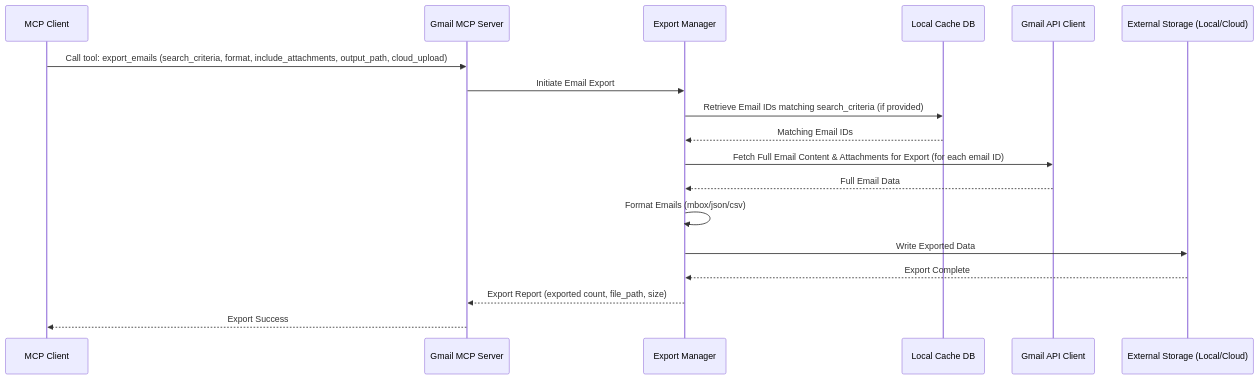
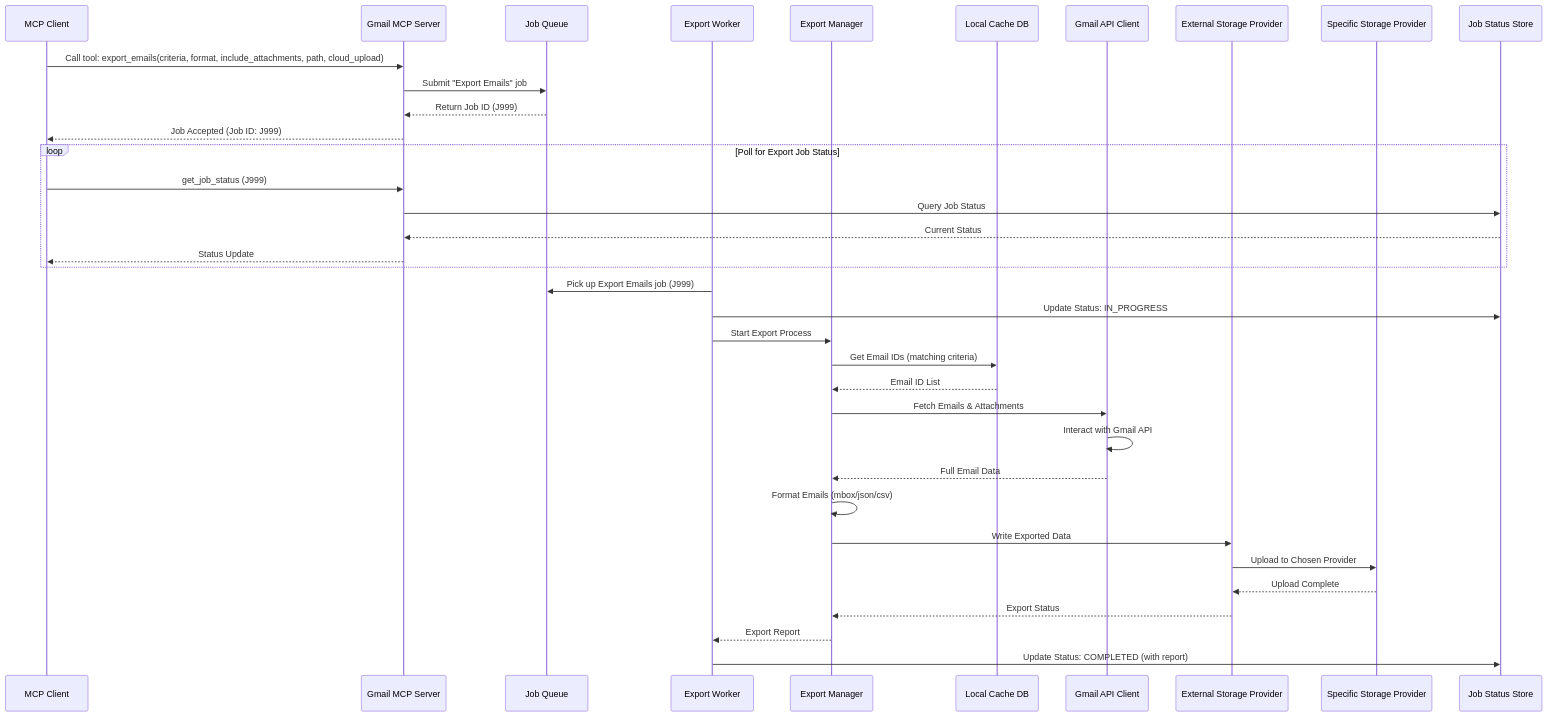
Before and after one commit to kushal45/GmailMcpServer: the diagram in mermaidDigrams/exportFlow.mermaid, drawn with Mermaid. The commit also changed 10 other files, not shown here.

Commit message:
adding proper const types and modified mermaid files to have proper picture of the flow

```diff
--- a/mermaidDigrams/exportFlow.mermaid
+++ b/mermaidDigrams/exportFlow.mermaid
@@ -1,19 +1,50 @@
 sequenceDiagram
     participant Client as MCP Client
     participant Server as Gmail MCP Server
+    participant JobQueue as Job Queue
+    participant ExportWorker as Export Worker
     participant ExportManager as Export Manager
     participant LocalCacheDB as Local Cache DB
-    participant GmailAPI as Gmail API Client
-    participant ExternalStorage as External Storage (Local/Cloud)
+    participant GmailAPIClient as Gmail API Client
+    participant ExternalStorage as External Storage Provider
+    participant Provider as Specific Storage Provider
+    participant JobStatusStore as Job Status Store
 
-    Client->>Server: Call tool: export_emails (search_criteria, format, include_attachments, output_path, cloud_upload)
-    Server->>ExportManager: Initiate Email Export
-    ExportManager->>LocalCacheDB: Retrieve Email IDs matching search_criteria (if provided)
-    LocalCacheDB-->>ExportManager: Matching Email IDs
-    ExportManager->>GmailAPI: Fetch Full Email Content & Attachments for Export (for each email ID)
-    GmailAPI-->>ExportManager: Full Email Data
+    %% Client initiates export
+    Client->>Server: Call tool: export_emails(criteria, format, include_attachments, path, cloud_upload)
+    Server->>JobQueue: Submit "Export Emails" job
+    JobQueue-->>Server: Return Job ID (J999)
+    Server-->>Client: Job Accepted (Job ID: J999)
+
+    %% Client polls for job status
+    loop Poll for Export Job Status
+        Client->>Server: get_job_status (J999)
+        Server->>JobStatusStore: Query Job Status
+        JobStatusStore-->>Server: Current Status
+        Server-->>Client: Status Update
+    end
+
+    %% Job picked and processed
+    ExportWorker->>JobQueue: Pick up Export Emails job (J999)
+    ExportWorker->>JobStatusStore: Update Status: IN_PROGRESS
+    ExportWorker->>ExportManager: Start Export Process
+
+    %% Email collection
+    ExportManager->>LocalCacheDB: Get Email IDs (matching criteria)
+    LocalCacheDB-->>ExportManager: Email ID List
+    ExportManager->>GmailAPIClient: Fetch Emails & Attachments
+    GmailAPIClient->>GmailAPIClient: Interact with Gmail API
+    GmailAPIClient-->>ExportManager: Full Email Data
+
+    %% Email formatting
     ExportManager->>ExportManager: Format Emails (mbox/json/csv)
+
+    %% Export to storage
     ExportManager->>ExternalStorage: Write Exported Data
-    ExternalStorage-->>ExportManager: Export Complete
-    ExportManager-->>Server: Export Report (exported count, file_path, size)
-    Server-->>Client: Export Success
+    ExternalStorage->>Provider: Upload to Chosen Provider
+    Provider-->>ExternalStorage: Upload Complete
+    ExternalStorage-->>ExportManager: Export Status
+
+    %% Wrap-up
+    ExportManager-->>ExportWorker: Export Report
+    ExportWorker->>JobStatusStore: Update Status: COMPLETED (with report)
```
